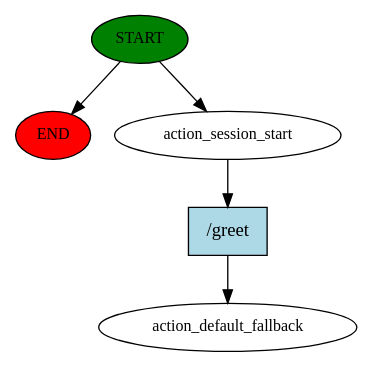
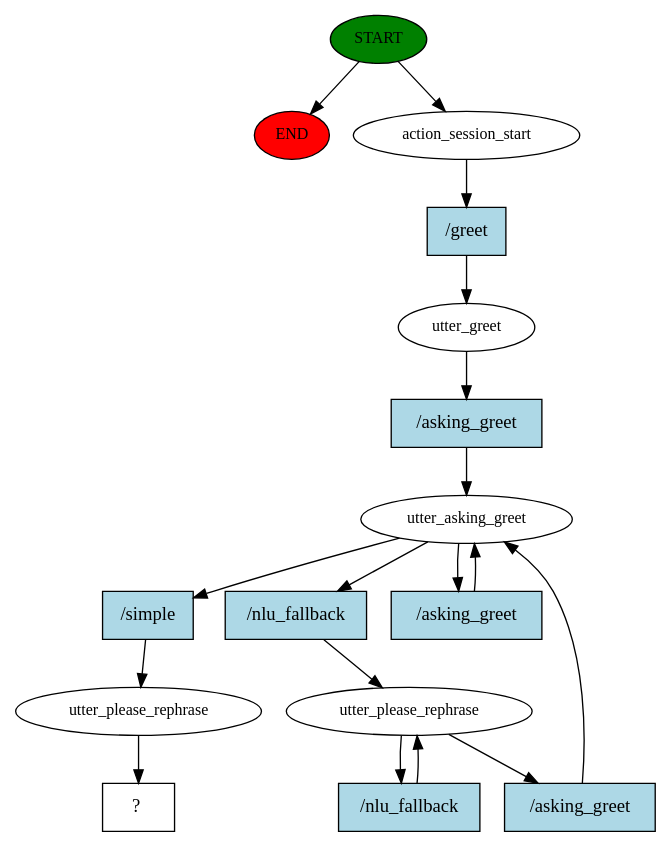
One commit to Prakashram27/FAQ changed the diagram in story_graph.dot. Above: the diagram before and after it, drawn with Graphviz. The commit also changed 351 other files, not shown here.

```diff
--- a/story_graph.dot
+++ b/story_graph.dot
@@ -1,11 +1,34 @@
 digraph  {
 0 [class="start active", fillcolor=green, fontsize=12, label=START, style=filled];
 "-1" [class=end, fillcolor=red, fontsize=12, label=END, style=filled];
 1 [class=active, fontsize=12, label=action_session_start];
-2 [class="dashed active", fontsize=12, label=action_default_fallback];
-3 [class="intent active", fillcolor=lightblue, label="/greet", shape=rect, style=filled];
+2 [class=active, fontsize=12, label=utter_greet];
+3 [class=active, fontsize=12, label=utter_asking_greet];
+4 [class=active, fontsize=12, label=utter_please_rephrase];
+8 [class=active, fontsize=12, label=utter_please_rephrase];
+9 [class="intent dashed active", label="  ?  ", shape=rect];
+10 [class="intent active", fillcolor=lightblue, label="/greet", shape=rect, style=filled];
+11 [class="intent active", fillcolor=lightblue, label="/asking_greet", shape=rect, style=filled];
+12 [class="intent active", fillcolor=lightblue, label="/nlu_fallback", shape=rect, style=filled];
+13 [class="intent active", fillcolor=lightblue, label="/simple", shape=rect, style=filled];
+14 [class="intent active", fillcolor=lightblue, label="/asking_greet", shape=rect, style=filled];
+15 [class="intent active", fillcolor=lightblue, label="/nlu_fallback", shape=rect, style=filled];
+16 [class="intent active", fillcolor=lightblue, label="/asking_greet", shape=rect, style=filled];
 0 -> "-1"  [class="", key=NONE, label=""];
 0 -> 1  [class=active, key=NONE, label=""];
-1 -> 3  [class=active, key=0];
-3 -> 2  [class=active, key=0];
+1 -> 10  [class=active, key=0];
+2 -> 11  [class=active, key=0];
+3 -> 12  [class=active, key=0];
+3 -> 13  [class=active, key=0];
+3 -> 14  [class=active, key=0];
+4 -> 15  [class=active, key=0];
+4 -> 16  [class=active, key=0];
+8 -> 9  [class=active, key=NONE, label=""];
+10 -> 2  [class=active, key=0];
+11 -> 3  [class=active, key=0];
+12 -> 4  [class=active, key=0];
+13 -> 8  [class=active, key=0];
+14 -> 3  [class=active, key=0];
+15 -> 4  [class=active, key=0];
+16 -> 3  [class=active, key=0];
 }
```
